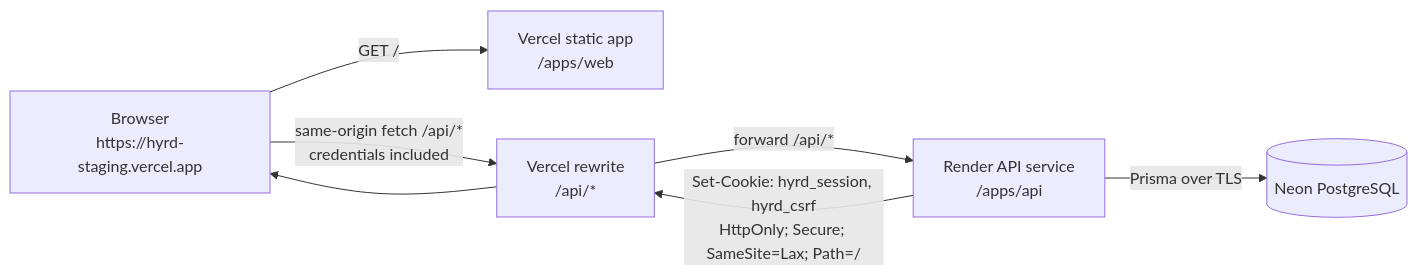
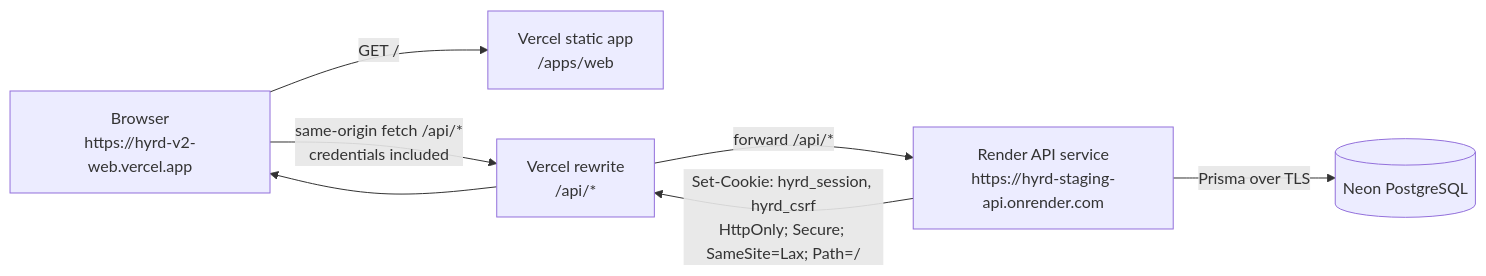
Before and after one commit to neozeph/hyrd-v2: the diagram in docs/deployment-architecture.md, drawn with Mermaid. The commit also changed other lines of this file and 2 other files, not shown here.

Commit message:
feat: update staging deployment configuration with URLs and add Vercel rewrite rules

````diff
--- a/docs/deployment-architecture.md
+++ b/docs/deployment-architecture.md
@@ -168,15 +170,15 @@
 ```mermaid
 flowchart LR
-  Browser["Browser\nhttps://hyrd-staging.vercel.app"]
+  Browser["Browser\nhttps://hyrd-v2-web.vercel.app"]
   Vercel["Vercel static app\n/apps/web"]
   Proxy["Vercel rewrite\n/api/*"]
-  Render["Render API service\n/apps/api"]
+  Render["Render API service\nhttps://hyrd-staging-api.onrender.com"]
   Neon[("Neon PostgreSQL")]
 
   Browser -->|"GET /"| Vercel
   Browser -->|"same-origin fetch /api/*\ncredentials included"| Proxy
   Proxy -->|"forward /api/*"| Render
   Render -->|"Prisma over TLS"| Neon
   Render -->|"Set-Cookie: hyrd_session, hyrd_csrf\nHttpOnly; Secure; SameSite=Lax; Path=/"| Proxy
   Proxy --> Browser
 ```
````
